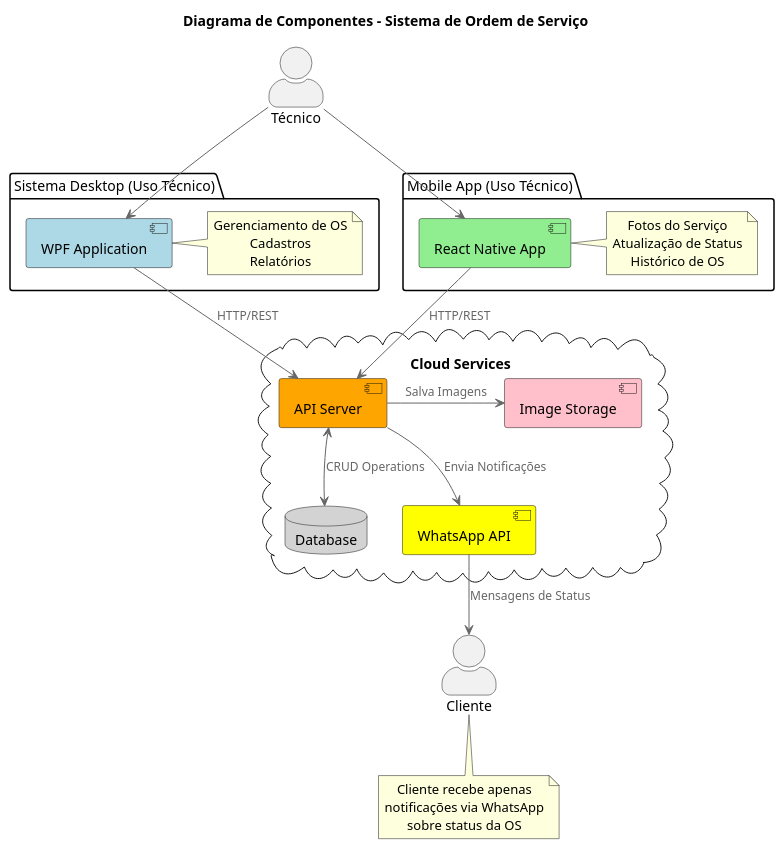
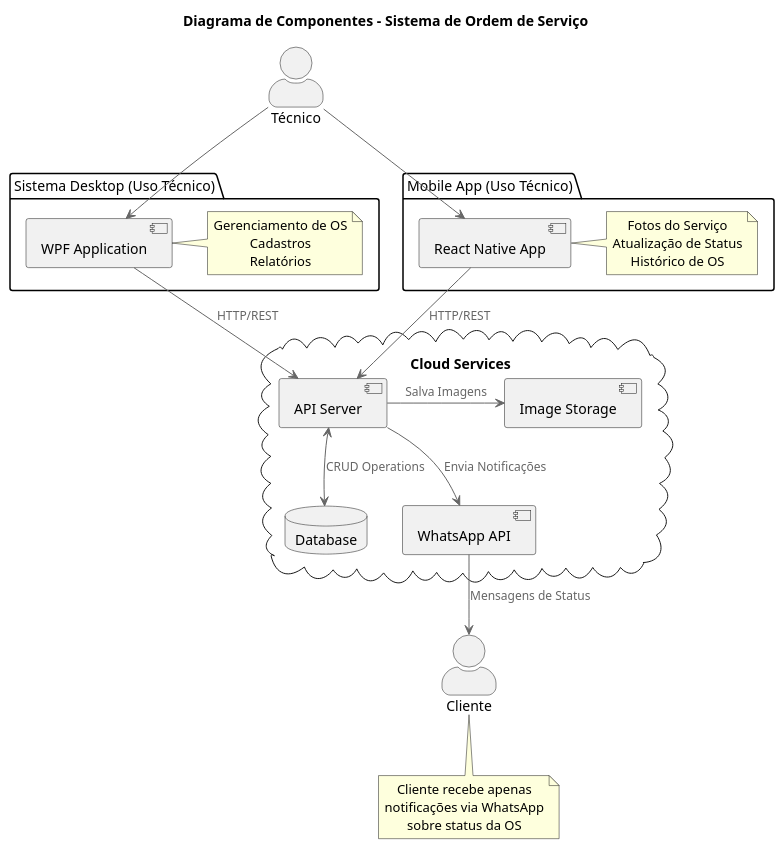
One commit to abraaodeveloper/cell-fix-manager changed the diagram in docs/data_flow_diagram.puml. Above: the diagram before and after it, drawn with PlantUML.

Commit message:
fix initial version

```diff
--- a/docs/data_flow_diagram.puml
+++ b/docs/data_flow_diagram.puml
@@ -1,50 +1,50 @@
 @startuml
 !include https://raw.githubusercontent.com/plantuml-stdlib/C4-PlantUML/master/C4_Component.puml
 
 title Diagrama de Componentes - Sistema de Ordem de Serviço
 
 actor "Técnico" as technician
 actor "Cliente" as customer
 
 package "Sistema Desktop (Uso Técnico)" {
-    [WPF Application] as desktop #lightblue
+    [WPF Application] as desktop
     note right of desktop
         Gerenciamento de OS
         Cadastros
         Relatórios
     end note
 }
 
 package "Mobile App (Uso Técnico)" {
-    [React Native App] as mobile #lightgreen
+    [React Native App] as mobile
     note right of mobile
         Fotos do Serviço
         Atualização de Status
         Histórico de OS
     end note
 }
 
 cloud "Cloud Services" {
-    [API Server] as api #orange
-    [Image Storage] as storage #pink
-    database "Database" as db #lightgray
-    [WhatsApp API] as whatsapp #yellow
+    [API Server] as api
+    [Image Storage] as storage
+    database "Database" as db
+    [WhatsApp API] as whatsapp
 }
 
 technician --> desktop
 technician --> mobile
 
 mobile -down-> api : HTTP/REST
 desktop -right-> api : HTTP/REST
 api -right-> storage : Salva Imagens
 api <-down-> db : CRUD Operations
 api -down-> whatsapp : Envia Notificações
 whatsapp -down-> customer : Mensagens de Status
 
 note bottom of customer
     Cliente recebe apenas
     notificações via WhatsApp
     sobre status da OS
 end note
 
 @enduml
```
